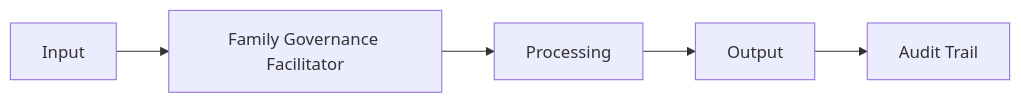
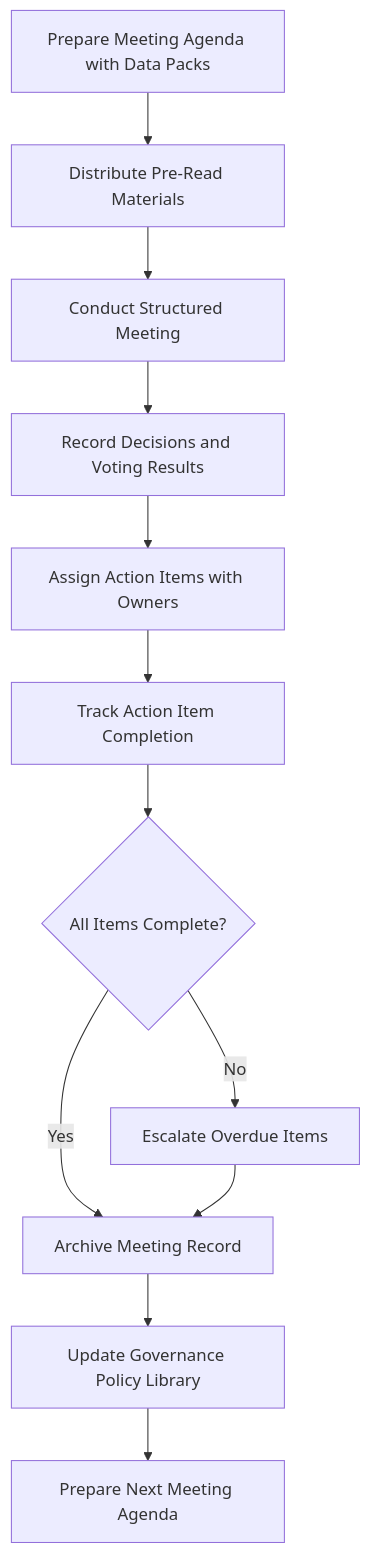
One commit to andrew-leo-2024/marketplace-docs changed the diagram in docs/audiences/06-family-offices/family-governance-facilitator.mdx. Above: the diagram before and after it, drawn with Mermaid. The commit also changed other lines of this file and 401 other files, not shown here.

First line of the commit message:
Fill all 309 stub pages with complete SOPs, BPMNs, and workflows

````diff
--- a/docs/audiences/06-family-offices/family-governance-facilitator.mdx
+++ b/docs/audiences/06-family-offices/family-governance-facilitator.mdx
@@ -29,7 +35,14 @@
 ```mermaid
-graph LR
-    A[Input] --> B[Family Governance Facilitator]
-    B --> C[Processing]
-    C --> D[Output]
-    D --> E[Audit Trail]
+graph TD
+    A[Prepare Meeting Agenda with Data Packs] --> B[Distribute Pre-Read Materials]
+    B --> C[Conduct Structured Meeting]
+    C --> D[Record Decisions and Voting Results]
+    D --> E[Assign Action Items with Owners]
+    E --> F[Track Action Item Completion]
+    F --> G{All Items Complete?}
+    G -->|Yes| H[Archive Meeting Record]
+    G -->|No| I[Escalate Overdue Items]
+    I --> H
+    H --> J[Update Governance Policy Library]
+    J --> K[Prepare Next Meeting Agenda]
 ```
````
